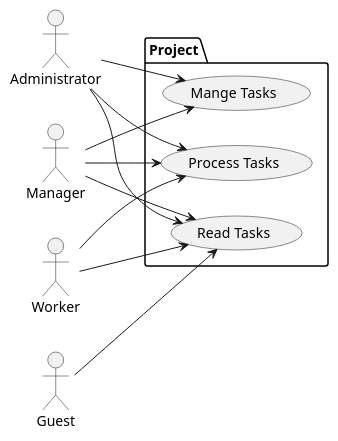
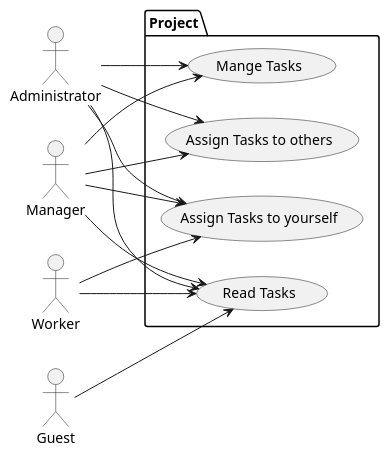
One commit to Kr0oked/DotnetProjectManagement changed the diagram in doc/uml/use-cases-tasks.puml. Above: the diagram before and after it, drawn with PlantUML. The commit also changed 118 other files, not shown here.

```diff
--- a/doc/uml/use-cases-tasks.puml
+++ b/doc/uml/use-cases-tasks.puml
@@ -1,28 +1,31 @@
 @startuml
 left to right direction
 
 package Project {
     usecase "Mange Tasks" as manageTasks
-    usecase "Process Tasks" as processTasks
+    usecase "Assign Tasks to others" as assignTasksToOthers
+    usecase "Assign Tasks to yourself" as assignTasksToYourself
     usecase "Read Tasks" as readTasks
 }
 
 :Administrator: as admin
 :Manager: as manager
 :Worker: as worker
 :Guest: as guest
 
 admin --> manageTasks
-admin --> processTasks
+admin --> assignTasksToOthers
+admin --> assignTasksToYourself
 admin --> readTasks
 
 manager --> manageTasks
-manager --> processTasks
+manager --> assignTasksToOthers
+manager --> assignTasksToYourself
 manager --> readTasks
 
 worker --> readTasks
-worker --> processTasks
+worker --> assignTasksToYourself
 
 guest --> readTasks
 
 @enduml
```
